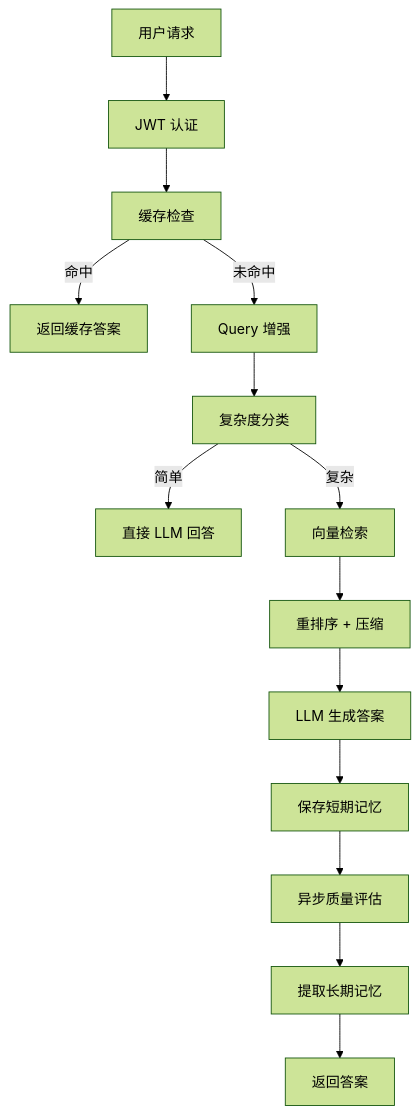
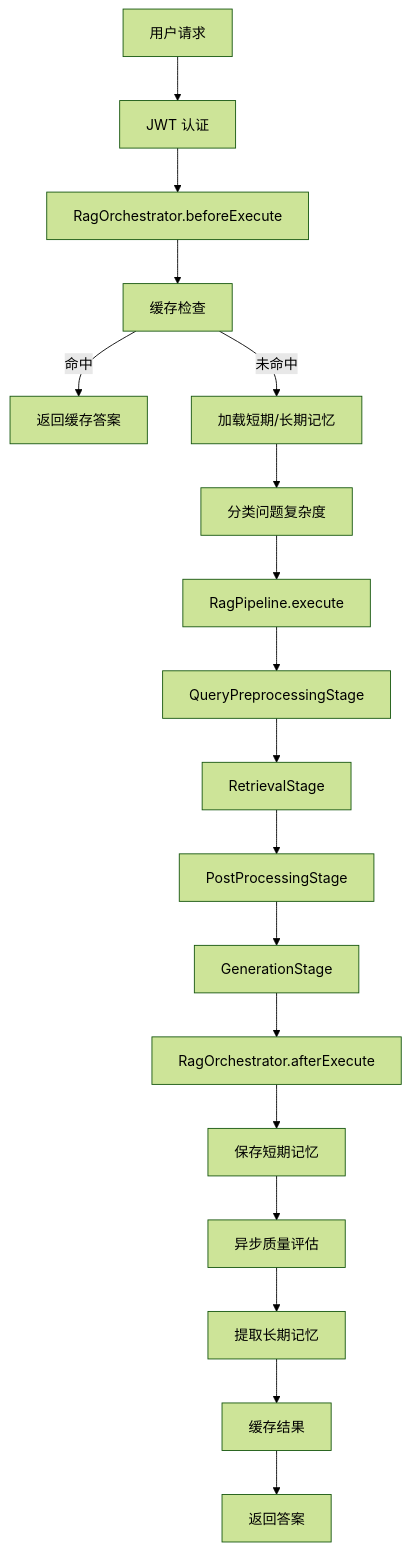
Before and after one commit to aimowang/knowledge: the first of 2 diagrams in doc/概要设计.md, drawn with Mermaid (forest theme). The commit also changed other lines of this file and 40 other files, not shown here.

````diff
--- a/doc/概要设计.md
+++ b/doc/概要设计.md
@@ -106,16 +169,20 @@
 ```mermaid
 graph TB
     A[用户请求] --> B[JWT 认证]
-    B --> C[缓存检查]
-    C -->|命中| D[返回缓存答案]
-    C -->|未命中| E[Query 增强]
-    E --> F[复杂度分类]
-    F -->|简单| G[直接 LLM 回答]
-    F -->|复杂| H[向量检索]
-    H --> I[重排序 + 压缩]
-    I --> J[LLM 生成答案]
-    J --> K[保存短期记忆]
-    K --> L[异步质量评估]
-    L --> M[提取长期记忆]
-    M --> N[返回答案]
+    B --> C[RagOrchestrator.beforeExecute]
+    C --> D[缓存检查]
+    D -->|命中| E[返回缓存答案]
+    D -->|未命中| F[加载短期/长期记忆]
+    F --> G[分类问题复杂度]
+    G --> H[RagPipeline.execute]
+    H --> I[QueryPreprocessingStage]
+    I --> J[RetrievalStage]
+    J --> K[PostProcessingStage]
+    K --> L[GenerationStage]
+    L --> M[RagOrchestrator.afterExecute]
+    M --> N[保存短期记忆]
+    N --> O[异步质量评估]
+    O --> P[提取长期记忆]
+    P --> Q[缓存结果]
+    Q --> R[返回答案]
 ```
````
